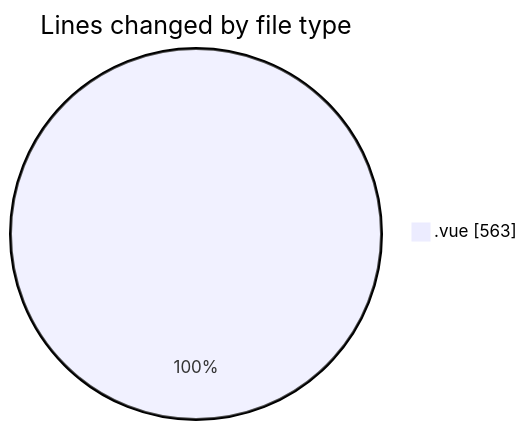
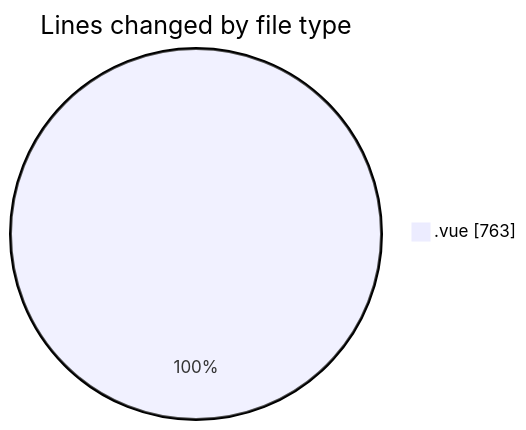
One commit to robertbonfada/code-tracking changed the first of 2 diagrams in 2025-03-14/lumine-web/README.md. Above: the diagram before and after it, drawn with Mermaid. The commit also changed other lines of this file and 1 other file, not shown here.

````diff
--- a/2025-03-14/lumine-web/README.md
+++ b/2025-03-14/lumine-web/README.md
@@ -22,5 +23,5 @@
 ```mermaid
 pie showData
 title Lines changed by file type
-".vue" : 563
+".vue" : 763
 ```
````
